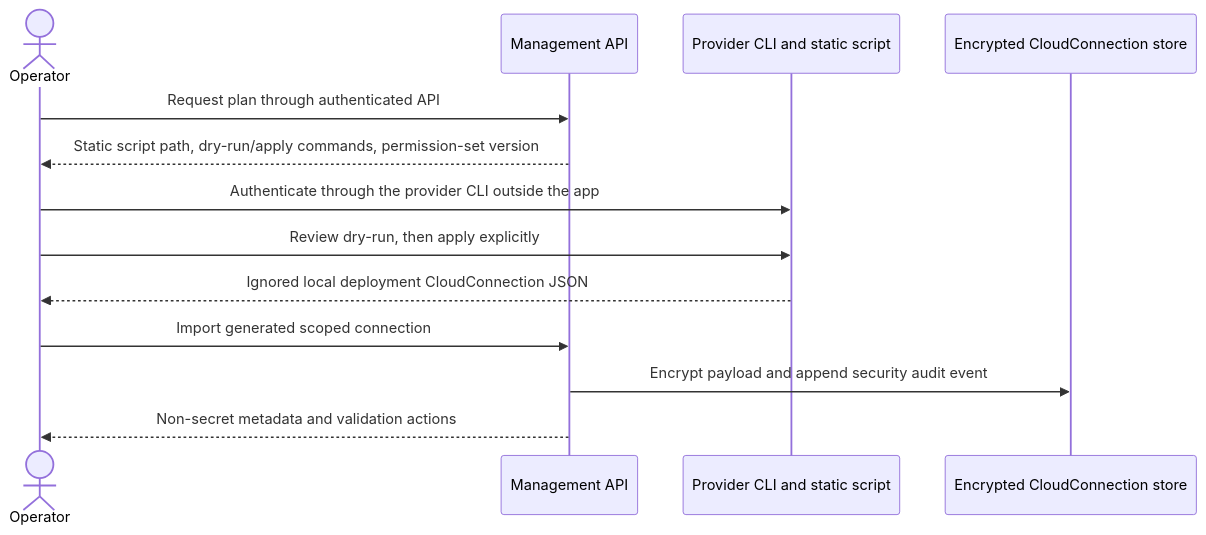
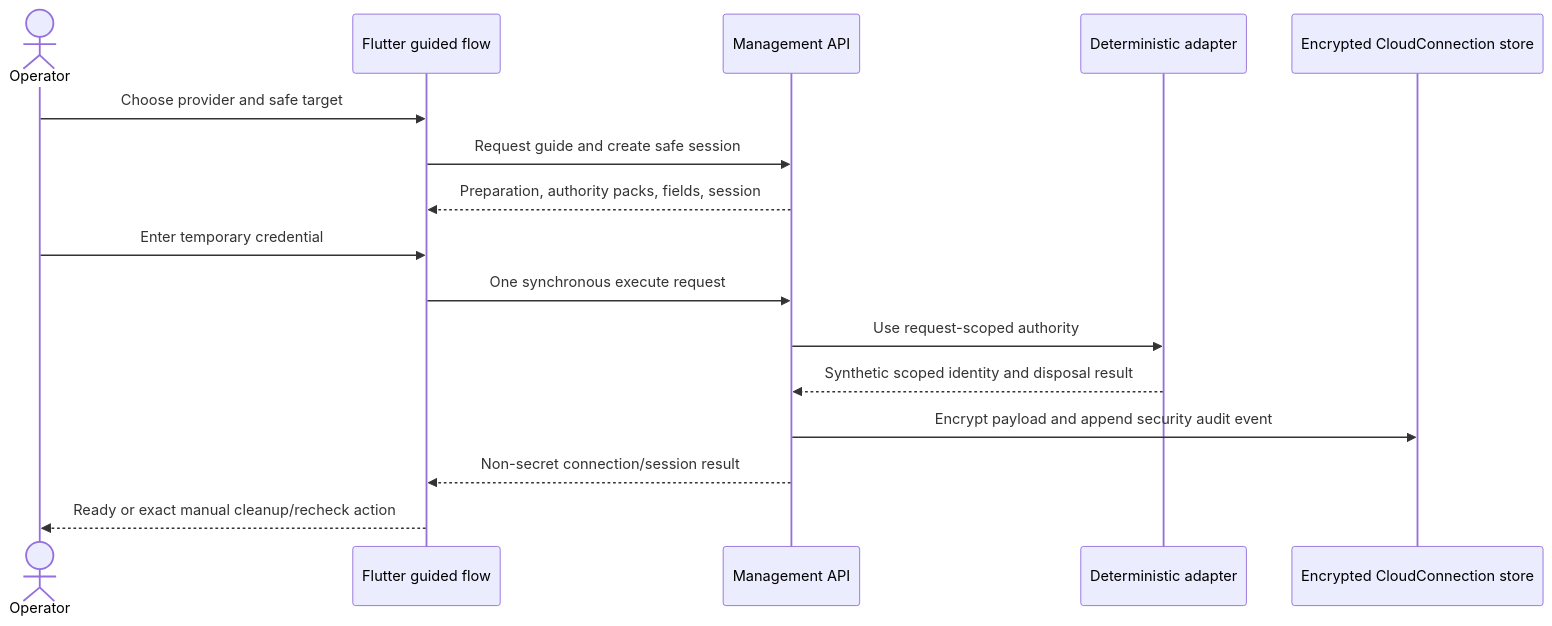
Before and after one commit to TVJunkie724/master-thesis: the second of 3 diagrams in docs-site/docs/contracts-and-data-flow/credentials-and-trust.md, drawn with Mermaid. The commit also changed other lines of this file and 23 other files, not shown here.

````diff
--- a/docs-site/docs/contracts-and-data-flow/credentials-and-trust.md
+++ b/docs-site/docs/contracts-and-data-flow/credentials-and-trust.md
@@ -46,16 +53,19 @@
 ```mermaid
 sequenceDiagram
     actor Operator
+    participant UI as Flutter guided flow
     participant API as Management API
-    participant CLI as Provider CLI and static script
+    participant Adapter as Deterministic adapter
     participant DB as Encrypted CloudConnection store
 
-    Operator->>API: Request plan through authenticated API
-    API-->>Operator: Static script path, dry-run/apply commands, permission-set version
-    Operator->>CLI: Authenticate through the provider CLI outside the app
-    Operator->>CLI: Review dry-run, then apply explicitly
-    CLI-->>Operator: Ignored local deployment CloudConnection JSON
-    Operator->>API: Import generated scoped connection
+    Operator->>UI: Choose provider and safe target
+    UI->>API: Request guide and create safe session
+    API-->>UI: Preparation, authority packs, fields, session
+    Operator->>UI: Enter temporary credential
+    UI->>API: One synchronous execute request
+    API->>Adapter: Use request-scoped authority
+    Adapter-->>API: Synthetic scoped identity and disposal result
     API->>DB: Encrypt payload and append security audit event
-    API-->>Operator: Non-secret metadata and validation actions
+    API-->>UI: Non-secret connection/session result
+    UI-->>Operator: Ready or exact manual cleanup/recheck action
 ```
````
